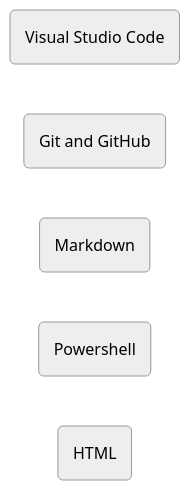
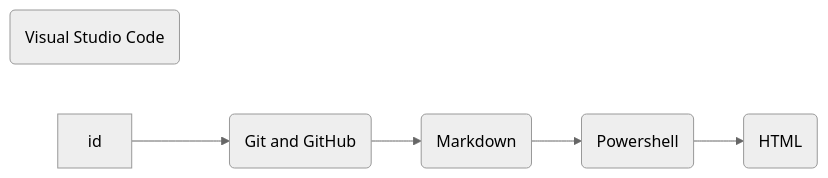
One commit to phdonner/phdonner changed the first of 2 diagrams in README.md. Above: the diagram before and after it, drawn with Mermaid (neutral theme).

````diff
--- a/README.md
+++ b/README.md
@@ -15,8 +15,9 @@
 ```mermaid
 flowchart LR
     id1(Visual Studio Code)
     id2(Git and GitHub)
     id3(Markdown)
     id4(Powershell)
     id5(HTML)
+    id-->id2-->id3-->id4-->id5
 ```
````
